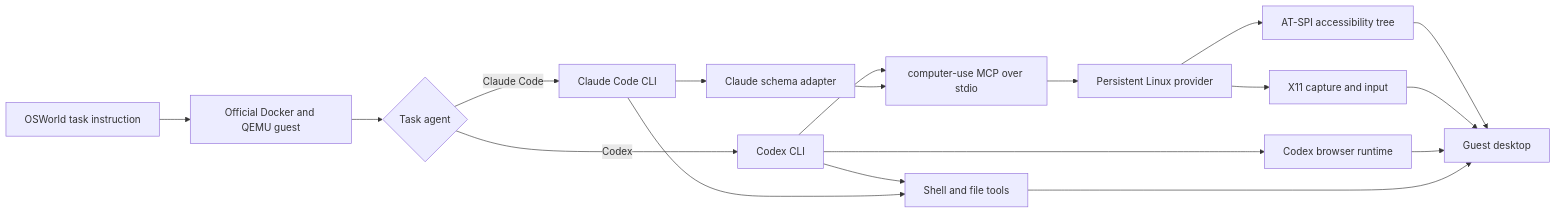
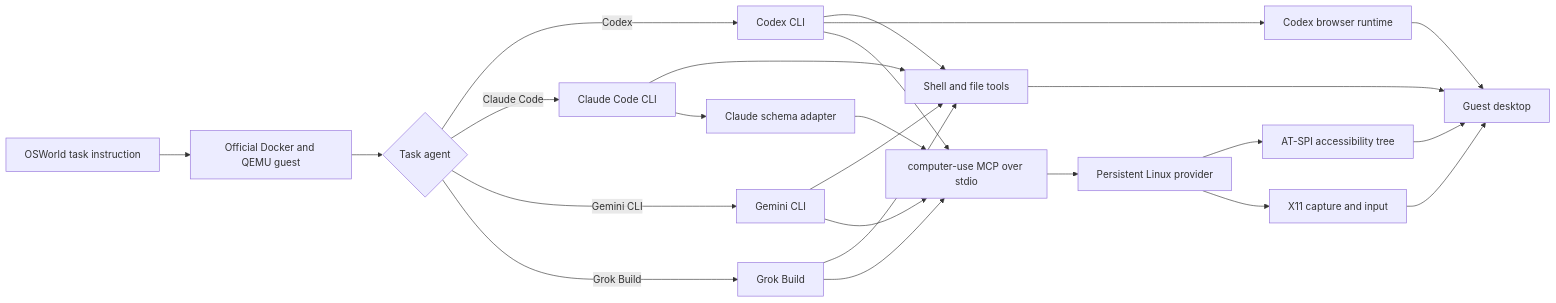
Before and after one commit to hqhq1025/hybrid-computer-use-oss: the diagram in README.md, drawn with Mermaid. The commit also changed other lines of this file and 6 other files, not shown here.

First line of the commit message:
docs: document the Gemini CLI and Grok Build agents

````diff
--- a/README.md
+++ b/README.md
@@ -19,20 +19,26 @@
 ```mermaid
 flowchart LR
     T[OSWorld task instruction] --> Q[Official Docker and QEMU guest]
     Q --> A{Task agent}
     A -->|Codex| CX[Codex CLI]
     A -->|Claude Code| CC[Claude Code CLI]
+    A -->|Gemini CLI| GM[Gemini CLI]
+    A -->|Grok Build| GK[Grok Build]
     CX --> SH[Shell and file tools]
     CC --> SH
+    GM --> SH
+    GK --> SH
     CX --> CDP[Codex browser runtime]
     CX --> MCP[computer-use MCP over stdio]
     CC --> AD[Claude schema adapter]
     AD --> MCP
+    GM --> MCP
+    GK --> MCP
     MCP --> P[Persistent Linux provider]
     P --> ATSPI[AT-SPI accessibility tree]
     P --> X11[X11 capture and input]
     ATSPI --> D[Guest desktop]
     X11 --> D
     CDP --> D
     SH --> D
 ```
````
